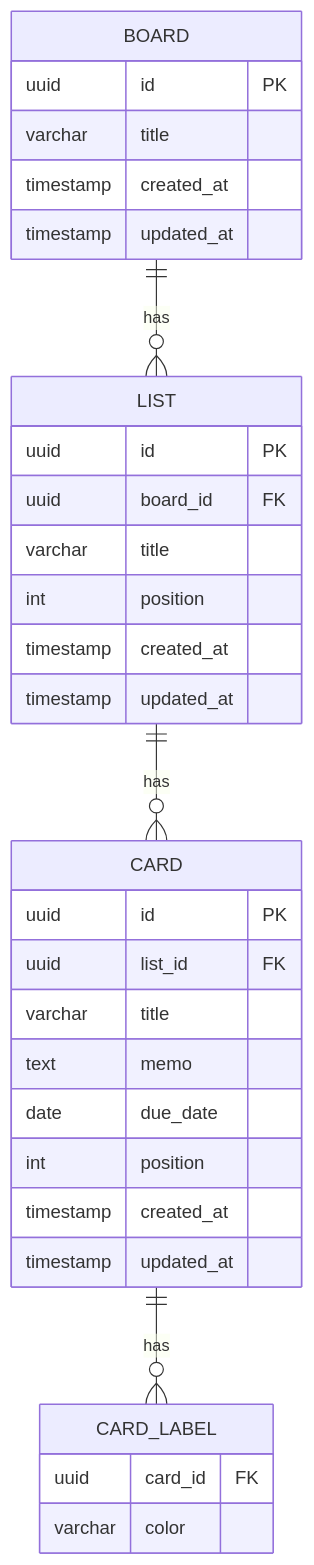
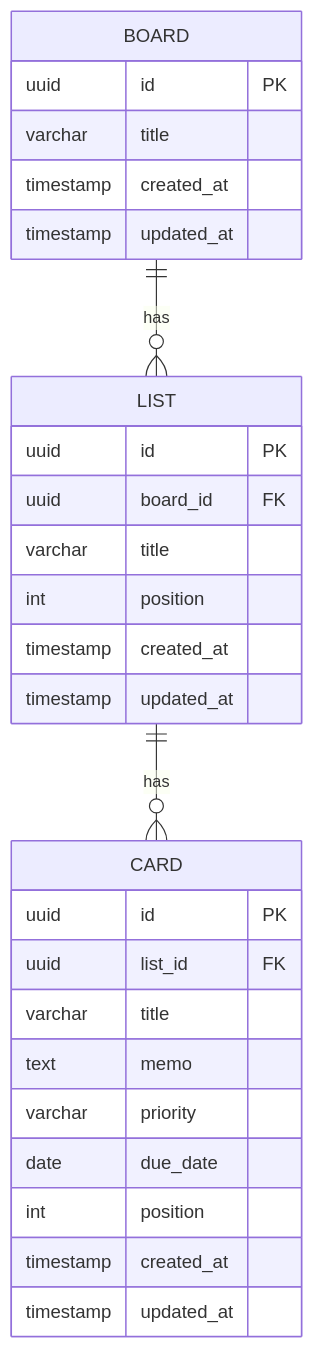
The diagram in docs/er-diagram.md (KeisukeFuruta/TaskManagement), drawn with Mermaid before and after one commit. The commit also changed other lines of this file and 6 other files, not shown here.

First line of the commit message:
Update prototype and docs: priority, sorting, D&D, card menu

````diff
--- a/docs/er-diagram.md
+++ b/docs/er-diagram.md
@@ -3,38 +3,33 @@
 ```mermaid
 erDiagram
     BOARD {
         uuid id PK
         varchar title
         timestamp created_at
         timestamp updated_at
     }
 
     LIST {
         uuid id PK
         uuid board_id FK
         varchar title
         int position
         timestamp created_at
         timestamp updated_at
     }
 
     CARD {
         uuid id PK
         uuid list_id FK
         varchar title
         text memo
+        varchar priority
         date due_date
         int position
         timestamp created_at
         timestamp updated_at
     }
 
-    CARD_LABEL {
-        uuid card_id FK
-        varchar color
-    }
-
     BOARD ||--o{ LIST : "has"
     LIST ||--o{ CARD : "has"
-    CARD ||--o{ CARD_LABEL : "has"
 ```
````
